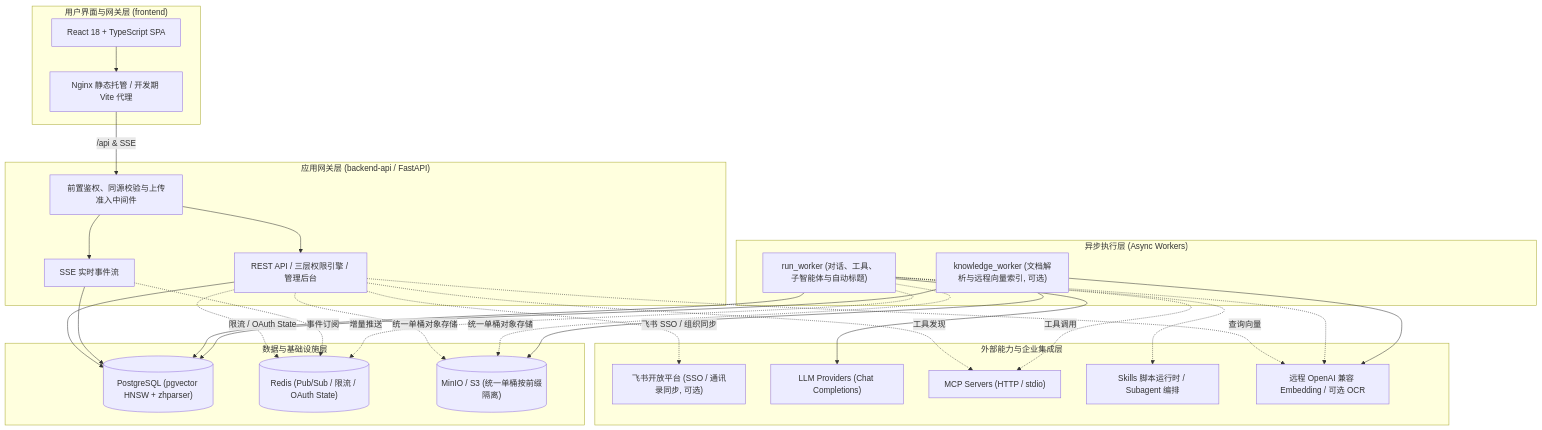
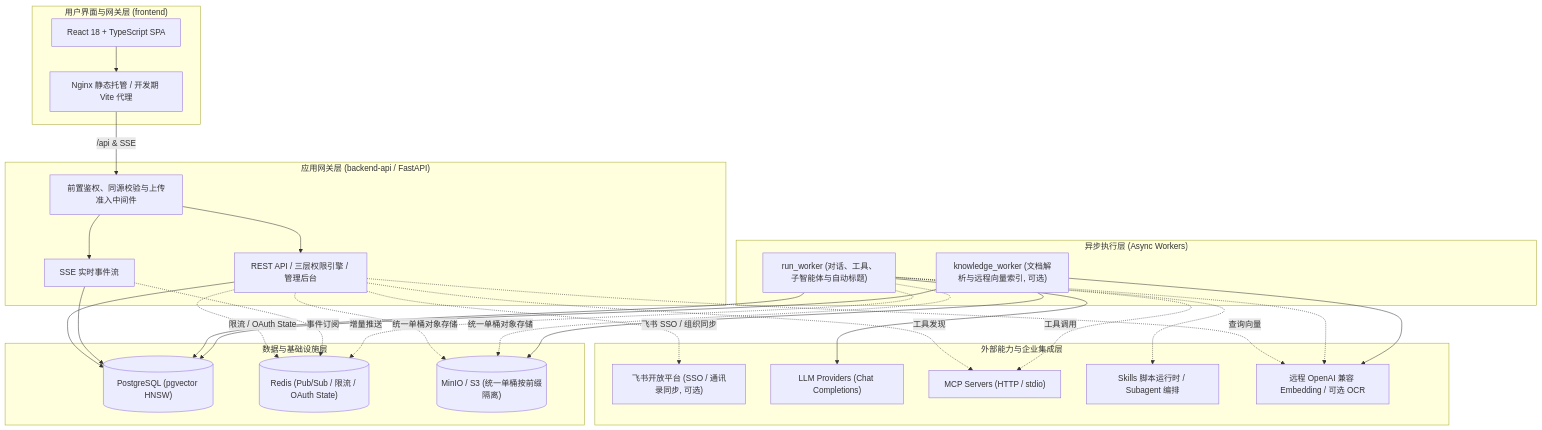
One commit to doubleu8190/Athena changed the diagram in README.md. Above: the diagram before and after it, drawn with Mermaid. The commit also changed other lines of this file and 31 other files, not shown here.

Commit message:
docs: align architecture docs, AGENTS rules and remove obsolete implementation plans

````diff
--- a/README.md
+++ b/README.md
@@ -65,58 +65,58 @@
 ```mermaid
 flowchart TB
     subgraph UI["用户界面与网关层 (frontend)"]
         SPA["React 18 + TypeScript SPA"]
         Proxy["Nginx 静态托管 / 开发期 Vite 代理"]
     end
 
     subgraph Gateway["应用网关层 (backend-api / FastAPI)"]
         Middleware["前置鉴权、同源校验与上传准入中间件"]
         RestApi["REST API / 三层权限引擎 / 管理后台"]
         SseStream["SSE 实时事件流"]
     end
 
     subgraph Workers["异步执行层 (Async Workers)"]
         RunWorker["run_worker (对话、工具、子智能体与自动标题)"]
         KbWorker["knowledge_worker (文档解析与远程向量索引, 可选)"]
     end
 
     subgraph Ext["外部能力与企业集成层"]
         Feishu["飞书开放平台 (SSO / 通讯录同步, 可选)"]
         LLM["LLM Providers (Chat Completions)"]
         MCP["MCP Servers (HTTP / stdio)"]
         SkillSubagent["Skills 脚本运行时 / Subagent 编排"]
         RemoteEmbedding["远程 OpenAI 兼容 Embedding / 可选 OCR"]
     end
 
     subgraph Infra["数据与基础设施层"]
-        PG[("PostgreSQL (pgvector HNSW + zhparser)")]
+        PG[("PostgreSQL (pgvector HNSW)")]
         Redis[("Redis (Pub/Sub / 限流 / OAuth State)")]
         MinIO[("MinIO / S3 (统一单桶按前缀隔离)")]
     end
 
     SPA --> Proxy
     Proxy -->|"/api & SSE"| Middleware
     Middleware --> RestApi
     Middleware --> SseStream
 
     RestApi --> PG
     SseStream --> PG
     RestApi -.->|"限流 / OAuth State"| Redis
     SseStream -.->|"事件订阅"| Redis
     RestApi -.->|"飞书 SSO / 组织同步"| Feishu
     RestApi -.->|"统一单桶对象存储"| MinIO
     RestApi -.->|"工具发现"| MCP
     RestApi -.->|"查询向量"| RemoteEmbedding
 
     RunWorker --> PG
     RunWorker -.->|"增量推送"| Redis
     RunWorker -.->|"统一单桶对象存储"| MinIO
     RunWorker --> LLM
     RunWorker -.->|"工具调用"| MCP
     RunWorker -.-> SkillSubagent
     RunWorker -.-> RemoteEmbedding
 
     KbWorker --> PG
     KbWorker --> MinIO
     KbWorker --> RemoteEmbedding
 ```
````
